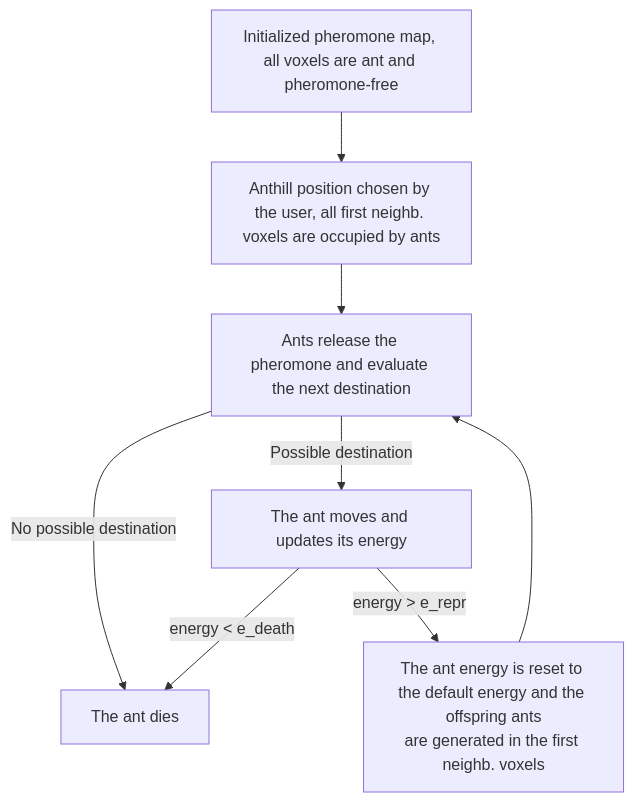
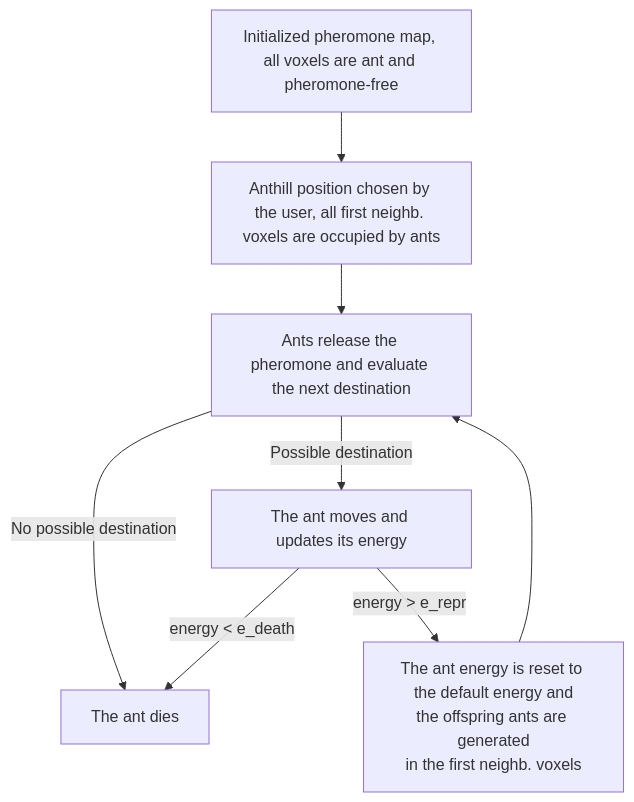
The diagram in README.md (LorenzoPierfederici98/CAM_algorithm), drawn with Mermaid before and after one commit.

````diff
--- a/README.md
+++ b/README.md
@@ -16,11 +16,12 @@
 ```mermaid
 graph TD;
     A[Initialized pheromone map, all voxels are ant and pheromone-free]-->B[Anthill position chosen by the user, all first neighb. voxels are occupied by ants];
     B-->C[Ants release the pheromone and evaluate the next destination];
     C-->|No possible destination| D[The ant dies];
     C-->|Possible destination| E[The ant moves and updates its energy];
     E-->|energy < e_death| D
-    E-->|energy > e_repr| F[The ant energy is reset to the default energy and the offspring ants
-are generated in the first neighb. voxels]
+    E-->|energy > e_repr| F[The ant energy is reset to the default energy and
+the offspring ants are generated
+in the first neighb. voxels]
     F-->C
 ```
````
